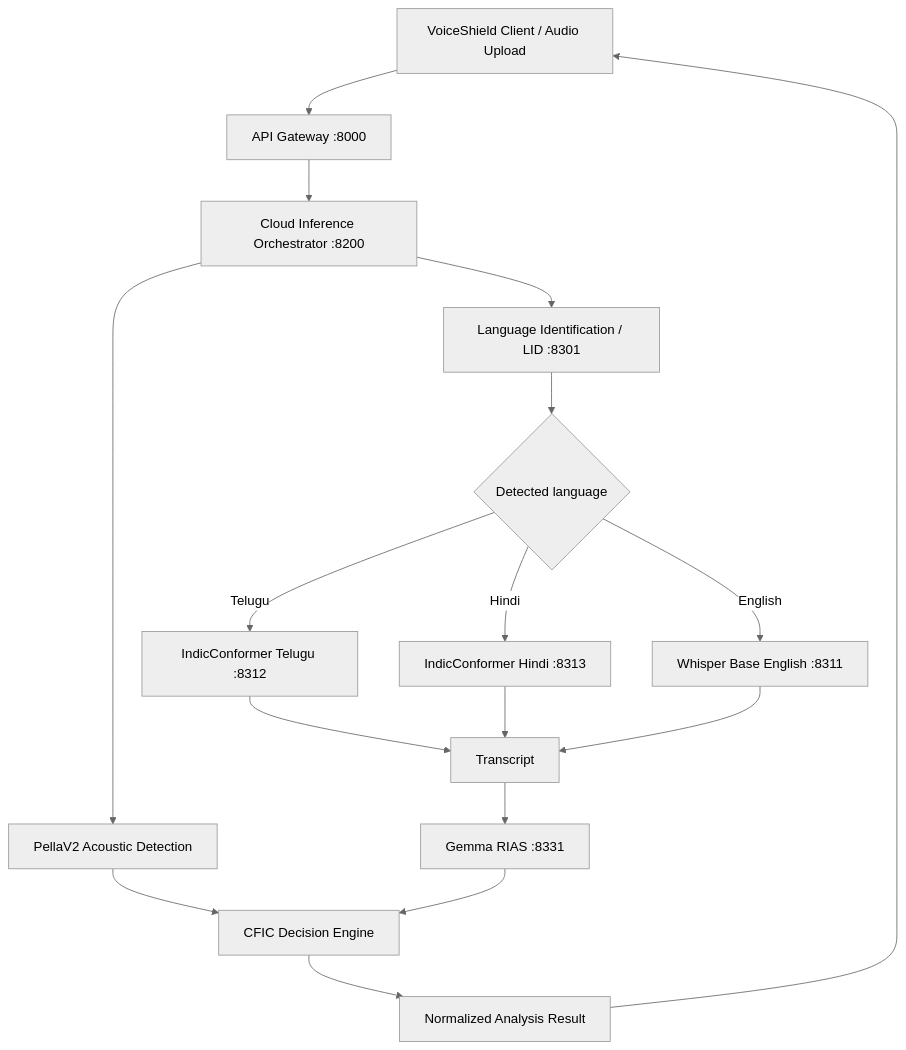
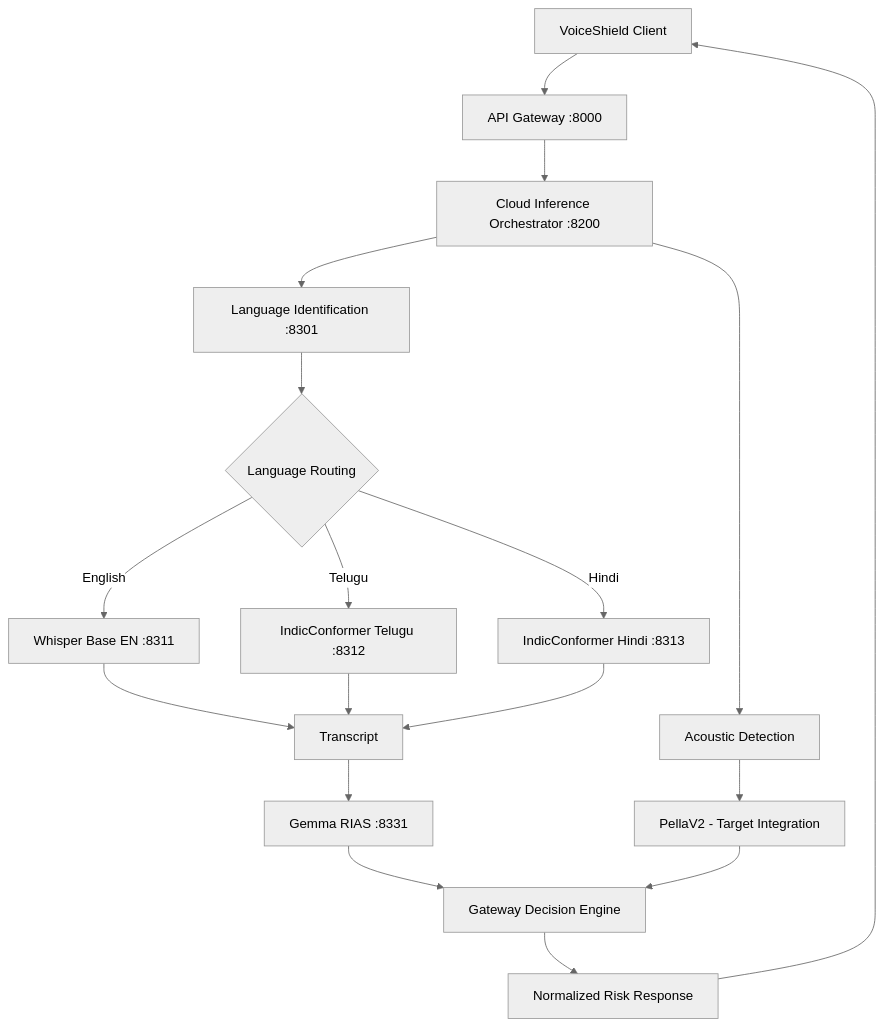
The diagram in README.md (yuvatejasainadh/cfic-for-voice-shield-hwa), drawn with Mermaid (neutral theme) before and after one commit. The commit also changed other lines of this file, not shown here.

````diff
--- a/README.md
+++ b/README.md
@@ -38,19 +50,27 @@
 ```mermaid
 flowchart TD
-    A[VoiceShield Client / Audio Upload] --> B[API Gateway :8000]
+    A[VoiceShield Client] --> B[API Gateway :8000]
     B --> C[Cloud Inference Orchestrator :8200]
-    C --> D[PellaV2 Acoustic Detection]
-    C --> E[Language Identification / LID :8301]
-    E --> F{Detected language}
-    F -->|Telugu| G[IndicConformer Telugu :8312]
-    F -->|Hindi| H[IndicConformer Hindi :8313]
-    F -->|English| I[Whisper Base English :8311]
-    G --> J[Transcript]
-    H --> J
-    I --> J
-    J --> K[Gemma RIAS :8331]
-    D --> L[CFIC Decision Engine]
-    K --> L
-    L --> M[Normalized Analysis Result]
-    M --> A
+
+    C --> D[Language Identification :8301]
+    D --> E{Language Routing}
+
+    E -->|English| F[Whisper Base EN :8311]
+    E -->|Telugu| G[IndicConformer Telugu :8312]
+    E -->|Hindi| H[IndicConformer Hindi :8313]
+
+    F --> I[Transcript]
+    G --> I
+    H --> I
+
+    I --> J[Gemma RIAS :8331]
+
+    C --> K[Acoustic Detection]
+    K --> L[PellaV2 - Target Integration]
+
+    J --> M[Gateway Decision Engine]
+    L --> M
+
+    M --> N[Normalized Risk Response]
+    N --> A
 ```
````
